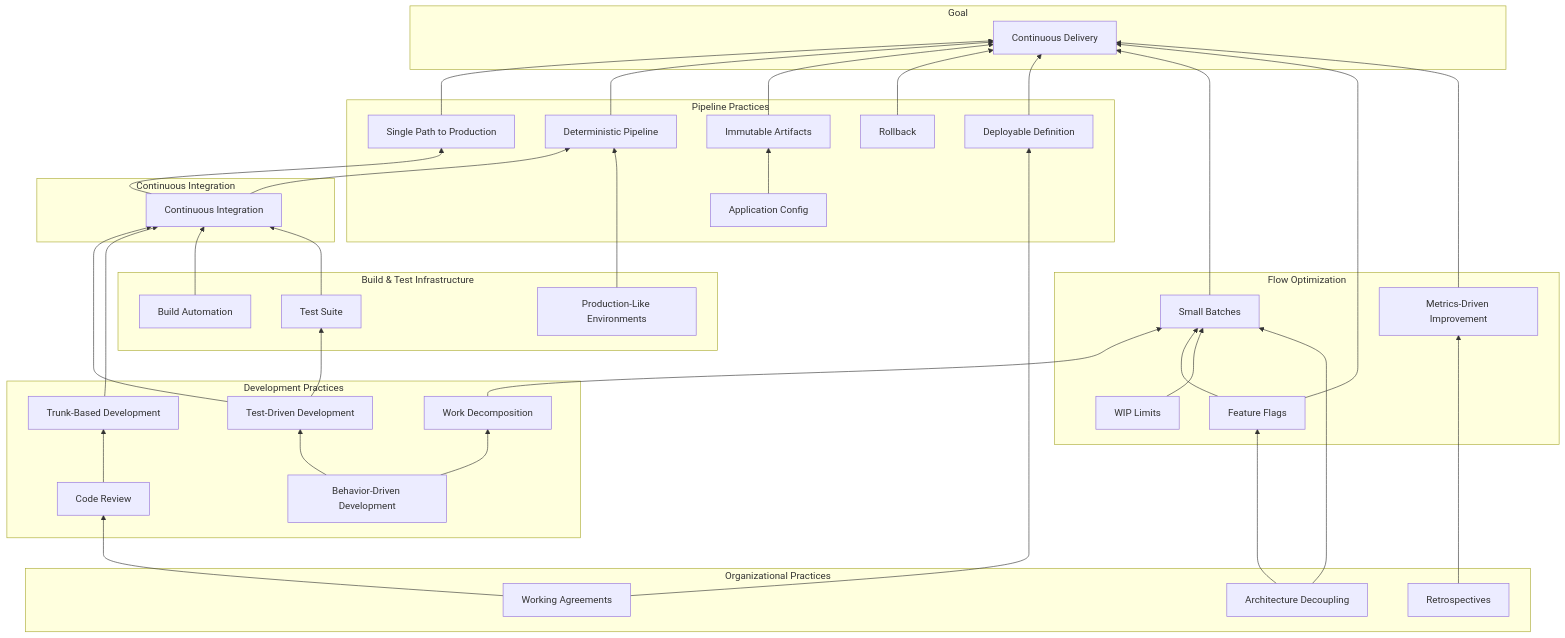
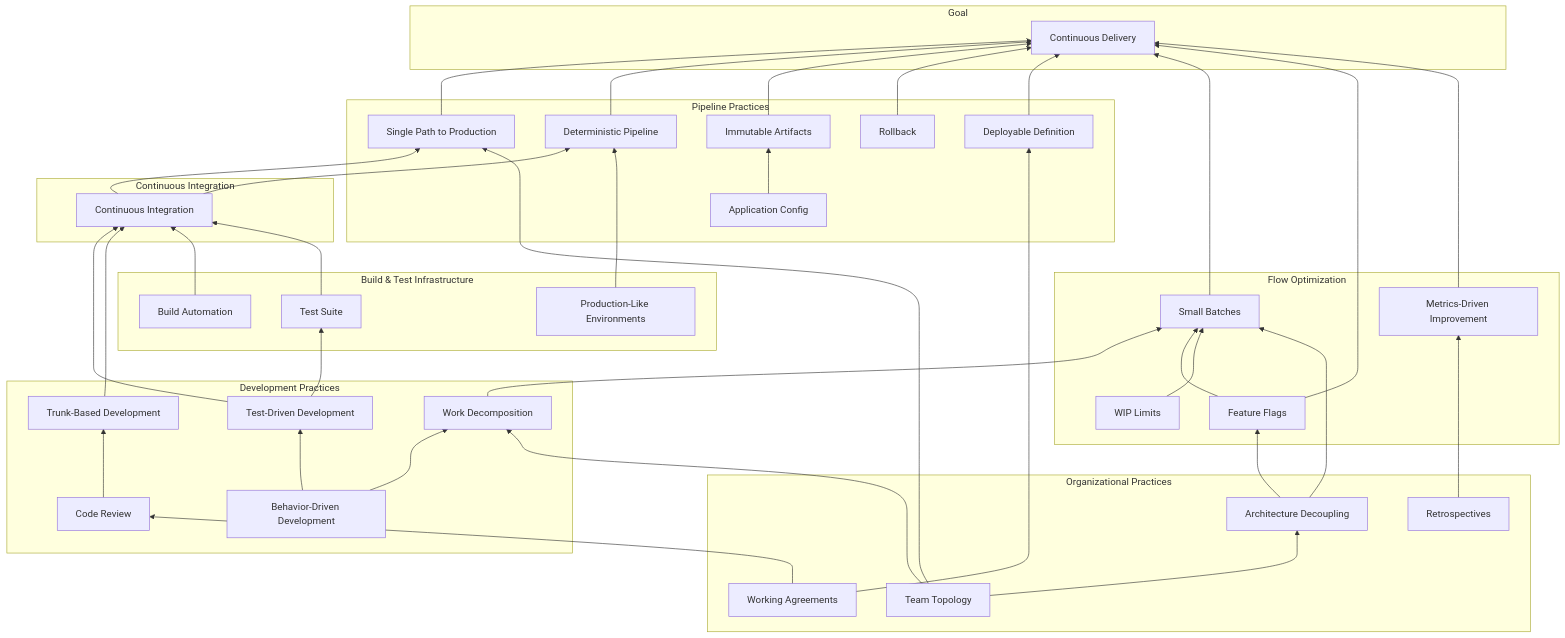
One commit to bdfinst/cd-migration changed the diagram in content/en/docs/reference/cd-dependency-tree.md. Above: the diagram before and after it, drawn with Mermaid. The commit also changed other lines of this file and 17 other files, not shown here.

````diff
--- a/content/en/docs/reference/cd-dependency-tree.md
+++ b/content/en/docs/reference/cd-dependency-tree.md
@@ -64,6 +64,7 @@
     subgraph "Organizational Practices"
         WA["Working Agreements"]
         Retro["Retrospectives"]
+        TT["Team Topology"]
         AD["Architecture Decoupling"]
     end
 
@@ -104,6 +105,9 @@
     WA --> CR
     WA --> DD
     Retro --> MDI
+    TT --> AD
+    TT --> WD
+    TT --> SPP
     AD --> FF
     AD --> SB
 ```
````
